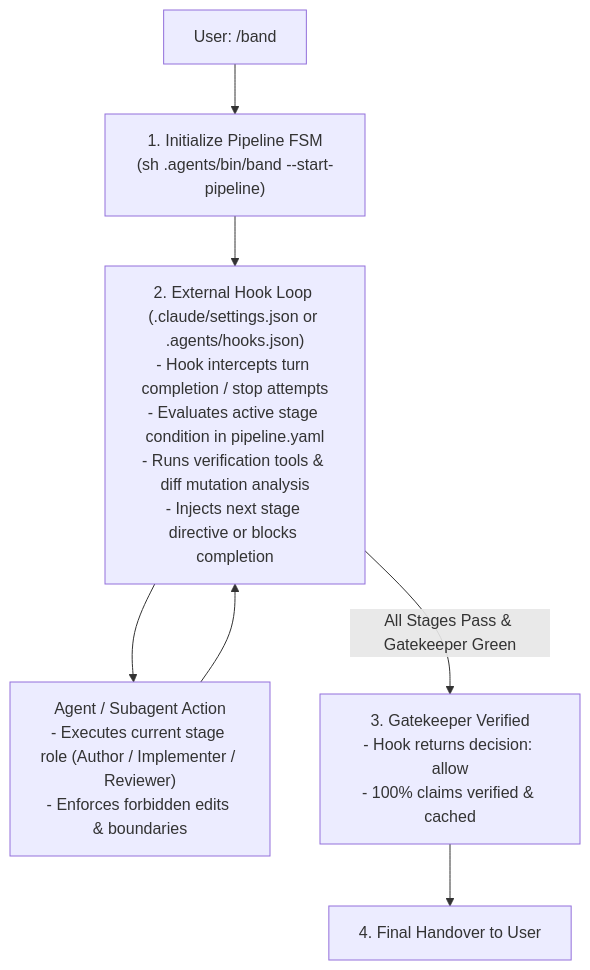
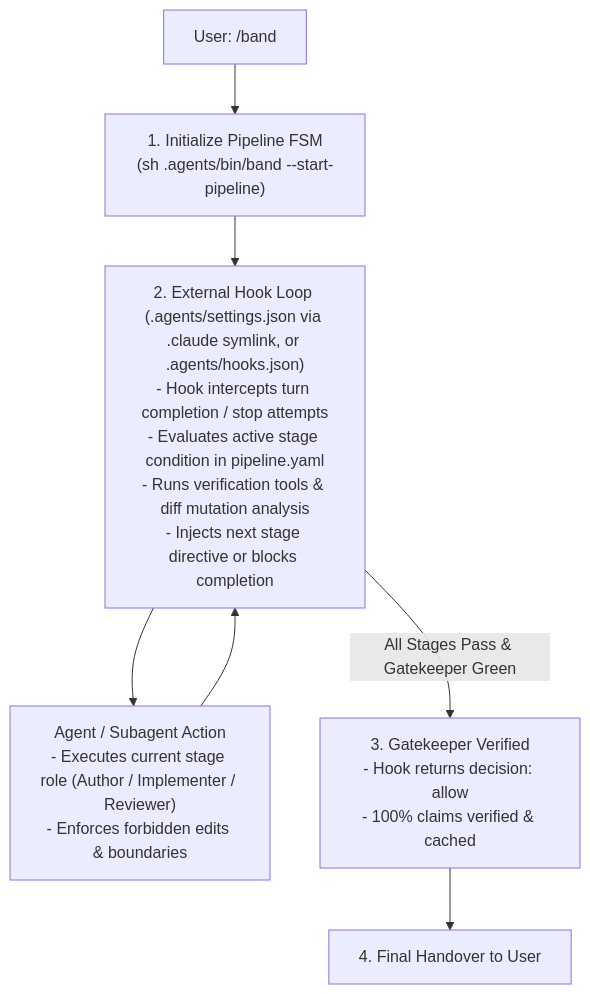
One commit to jiva-studio/band changed the diagram in skills/band/SKILL.md. Above: the diagram before and after it, drawn with Mermaid. The commit also changed other lines of this file and 13 other files, not shown here.

First line of the commit message:
feat(init): make .agents canonical and link .claude -> .agents

````diff
--- a/skills/band/SKILL.md
+++ b/skills/band/SKILL.md
@@ -10,14 +10,14 @@
 ```mermaid
 flowchart TD
     Trigger["User: /band"] --> InitFSM["1. Initialize Pipeline FSM\n(sh .agents/bin/band --start-pipeline)"]
     
-    InitFSM --> HookLoop["2. External Hook Loop (.claude/settings.json or .agents/hooks.json)\n- Hook intercepts turn completion / stop attempts\n- Evaluates active stage condition in pipeline.yaml\n- Runs verification tools & diff mutation analysis\n- Injects next stage directive or blocks completion"]
+    InitFSM --> HookLoop["2. External Hook Loop (.agents/settings.json via .claude symlink, or .agents/hooks.json)\n- Hook intercepts turn completion / stop attempts\n- Evaluates active stage condition in pipeline.yaml\n- Runs verification tools & diff mutation analysis\n- Injects next stage directive or blocks completion"]
     
     HookLoop --> StageAgent["Agent / Subagent Action\n- Executes current stage role (Author / Implementer / Reviewer)\n- Enforces forbidden edits & boundaries"]
     
     StageAgent --> HookLoop
     
     HookLoop -->|All Stages Pass & Gatekeeper Green| GatePass["3. Gatekeeper Verified\n- Hook returns decision: allow\n- 100% claims verified & cached"]
     
     GatePass --> Handover["4. Final Handover to User"]
 ```
````
